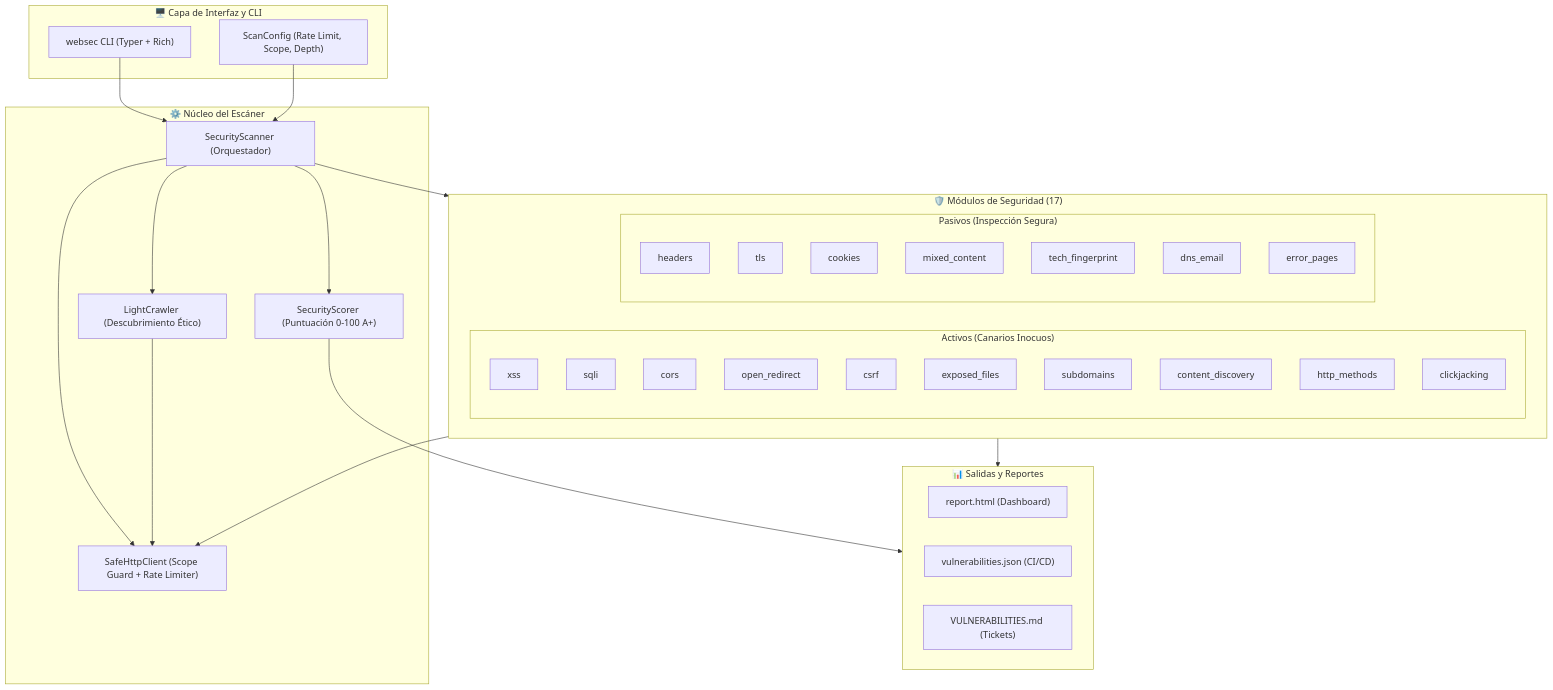
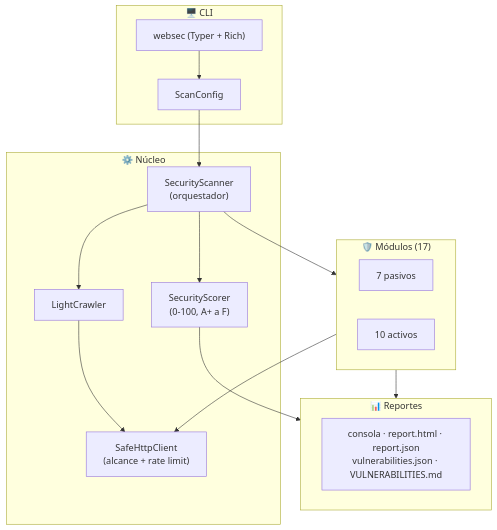
One commit to 14KD/web-sec changed the diagram in README.md. Above: the diagram before and after it, drawn with Mermaid. The commit also changed other lines of this file, not shown here.

````diff
--- a/README.md
+++ b/README.md
@@ -44,55 +38,29 @@
 ```mermaid
 flowchart TD
-    subgraph CLI ["🖥️ Capa de Interfaz y CLI"]
-        app["websec CLI (Typer + Rich)"]
-        config["ScanConfig (Rate Limit, Scope, Depth)"]
+    subgraph CLI ["🖥️ CLI"]
+        app["websec (Typer + Rich)"]
+        config["ScanConfig"]
     end
 
-    subgraph Core ["⚙️ Núcleo del Escáner"]
-        scanner["SecurityScanner (Orquestador)"]
-        http["SafeHttpClient (Scope Guard + Rate Limiter)"]
-        crawler["LightCrawler (Descubrimiento Ético)"]
-        scorer["SecurityScorer (Puntuación 0-100 A+)"]
+    subgraph Core ["⚙️ Núcleo"]
+        scanner["SecurityScanner<br/>(orquestador)"]
+        http["SafeHttpClient<br/>(alcance + rate limit)"]
+        crawler["LightCrawler"]
+        scorer["SecurityScorer<br/>(0-100, A+ a F)"]
     end
 
-    subgraph Modules ["🛡️ Módulos de Seguridad (17)"]
-        subgraph ActiveMods ["Activos (Canarios Inocuos)"]
-            xss["xss"]
-            sqli["sqli"]
-            cors["cors"]
-            redir["open_redirect"]
-            csrf["csrf"]
-            files["exposed_files"]
-            subdom["subdomains"]
-            disc["content_discovery"]
-            meth["http_methods"]
-            click["clickjacking"]
-        end
-        subgraph PassiveMods ["Pasivos (Inspección Segura)"]
-            headers["headers"]
-            tls["tls"]
-            cookies["cookies"]
-            mixed["mixed_content"]
-            tech["tech_fingerprint"]
-            dns["dns_email"]
-            err["error_pages"]
-        end
+    subgraph Modules ["🛡️ Módulos (17)"]
+        passive["7 pasivos"]
+        active["10 activos"]
     end
 
-    subgraph Output ["📊 Salidas y Reportes"]
-        rep_html["report.html (Dashboard)"]
-        rep_json["vulnerabilities.json (CI/CD)"]
-        rep_md["VULNERABILITIES.md (Tickets)"]
+    subgraph Output ["📊 Reportes"]
+        out["consola · report.html · report.json<br/>vulnerabilities.json · VULNERABILITIES.md"]
     end
 
-    app --> scanner
-    config --> scanner
-    scanner --> http
-    scanner --> crawler
-    crawler --> http
-    scanner --> Modules
-    Modules --> http
-    scanner --> scorer
-    scorer --> Output
+    app --> config --> scanner
+    scanner --> crawler --> http
+    scanner --> Modules --> http
+    scanner --> scorer --> Output
     Modules --> Output
 ```
````
